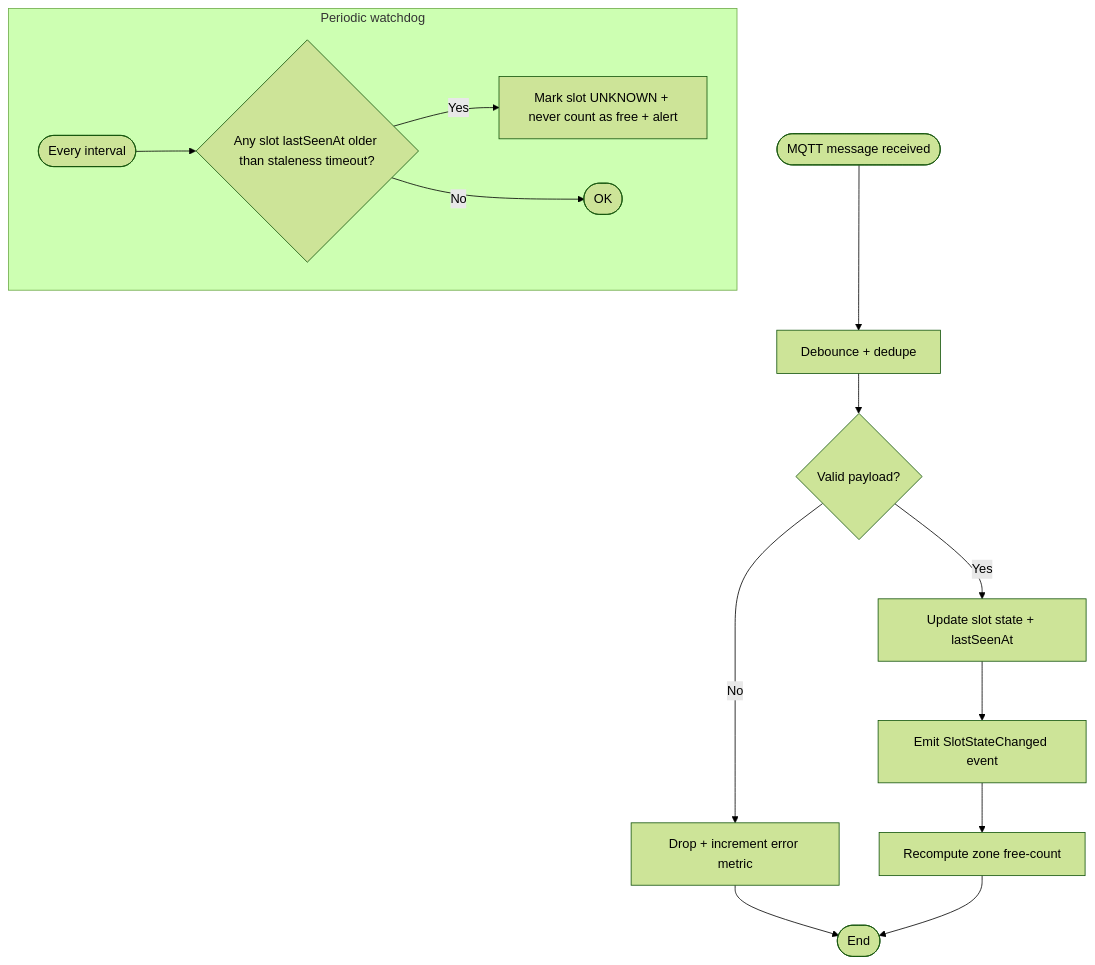
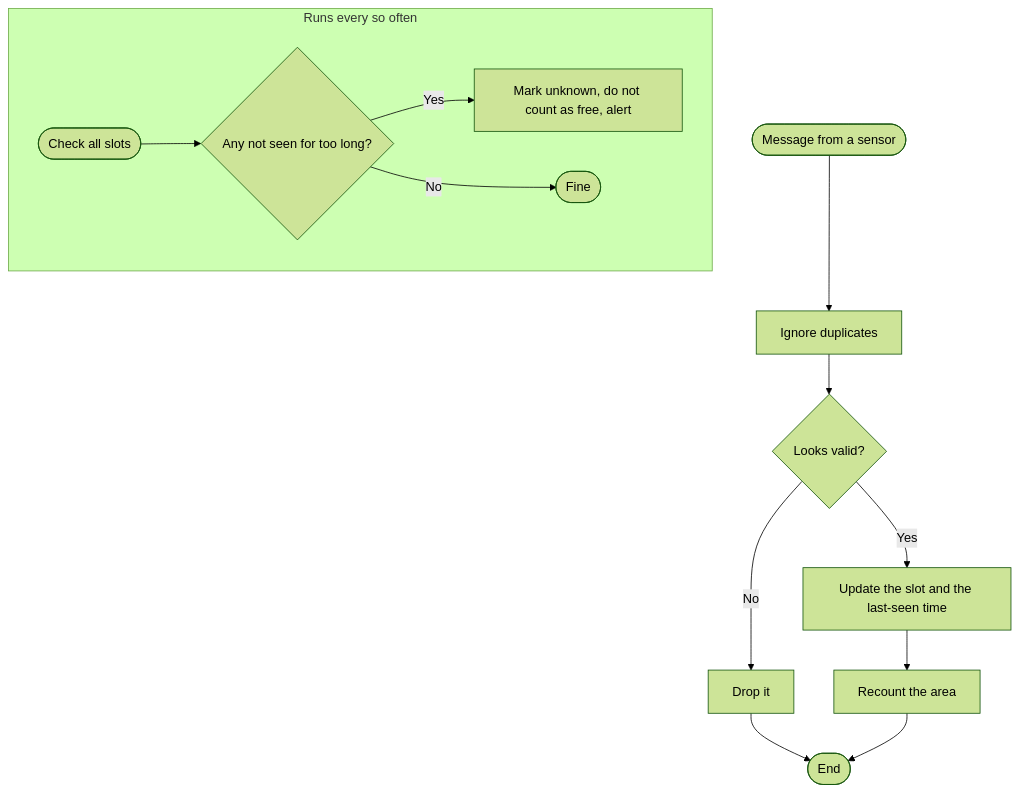
One commit to XeminoL/SmartParking_-IoT-SPMS- changed the seventh of 10 diagrams in docs/02-uml-and-ui.md. Above: the diagram before and after it, drawn with Mermaid (forest theme). The commit also changed other lines of this file and 14 other files, not shown here.

````diff
--- a/docs/02-uml-and-ui.md
+++ b/docs/02-uml-and-ui.md
@@ -301,16 +268,15 @@
 ```mermaid
 flowchart TD
-    A([MQTT message received]) --> B[Debounce + dedupe]
-    B --> C{Valid payload?}
-    C -- No --> D[Drop + increment error metric]
-    C -- Yes --> E[Update slot state + lastSeenAt]
-    E --> F[Emit SlotStateChanged event]
-    F --> G[Recompute zone free-count]
-    subgraph Watchdog [Periodic watchdog]
-        W1([Every interval]) --> W2{Any slot lastSeenAt older than staleness timeout?}
-        W2 -- Yes --> W3[Mark slot UNKNOWN + never count as free + alert]
-        W2 -- No --> W4([OK])
+    A([Message from a sensor]) --> B[Ignore duplicates]
+    B --> C{Looks valid?}
+    C -- No --> D[Drop it]
+    C -- Yes --> E[Update the slot and the last-seen time]
+    E --> F[Recount the area]
+    subgraph Watchdog [Runs every so often]
+        W1([Check all slots]) --> W2{Any not seen for too long?}
+        W2 -- Yes --> W3[Mark unknown, do not count as free, alert]
+        W2 -- No --> W4([Fine])
     end
     D --> Z([End])
-    G --> Z
+    F --> Z
 ```
````
